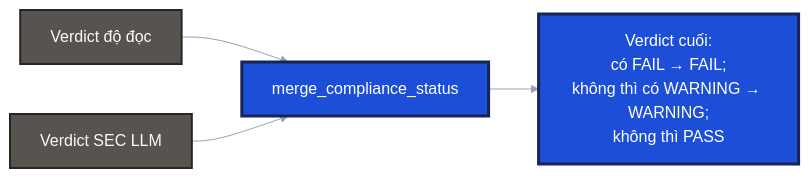
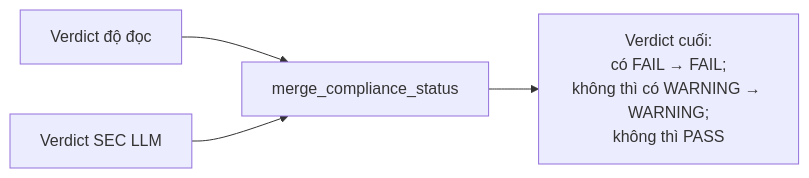
One commit to Tritintruong114/ai-agents-qa changed the fourth of 8 diagrams in README.md. Above: the diagram before and after it, drawn with Mermaid. The commit also changed other lines of this file, not shown here.

First line of the commit message:
docs(readme): simplify Mermaid diagrams (remove theme, classDef, node classes)

````diff
--- a/README.md
+++ b/README.md
@@ -251,12 +232,7 @@
 ```mermaid
-%%{init: {'theme':'base', 'themeVariables': {'lineColor': '#94a3b8', 'primaryTextColor': '#0f172a'}}}%%
 flowchart LR
-    classDef pass fill:#15803d,stroke:#052e16,color:#ffffff,stroke-width:3px;
-    classDef warn fill:#c2410c,stroke:#431407,color:#ffffff,stroke-width:3px;
-    classDef neutral fill:#1d4ed8,stroke:#172554,color:#ffffff,stroke-width:3px;
-    classDef step fill:#57534e,stroke:#292524,color:#fafaf9,stroke-width:2px;
 
-    A[Verdict độ đọc]:::step --> M[merge_compliance_status]:::neutral
-    B[Verdict SEC LLM]:::step --> M
-    M --> O[Verdict cuối:<br/>có FAIL → FAIL;<br/>không thì có WARNING → WARNING;<br/>không thì PASS]:::neutral
+    A[Verdict độ đọc] --> M[merge_compliance_status]
+    B[Verdict SEC LLM] --> M
+    M --> O[Verdict cuối:<br/>có FAIL → FAIL;<br/>không thì có WARNING → WARNING;<br/>không thì PASS]
 ```
````
